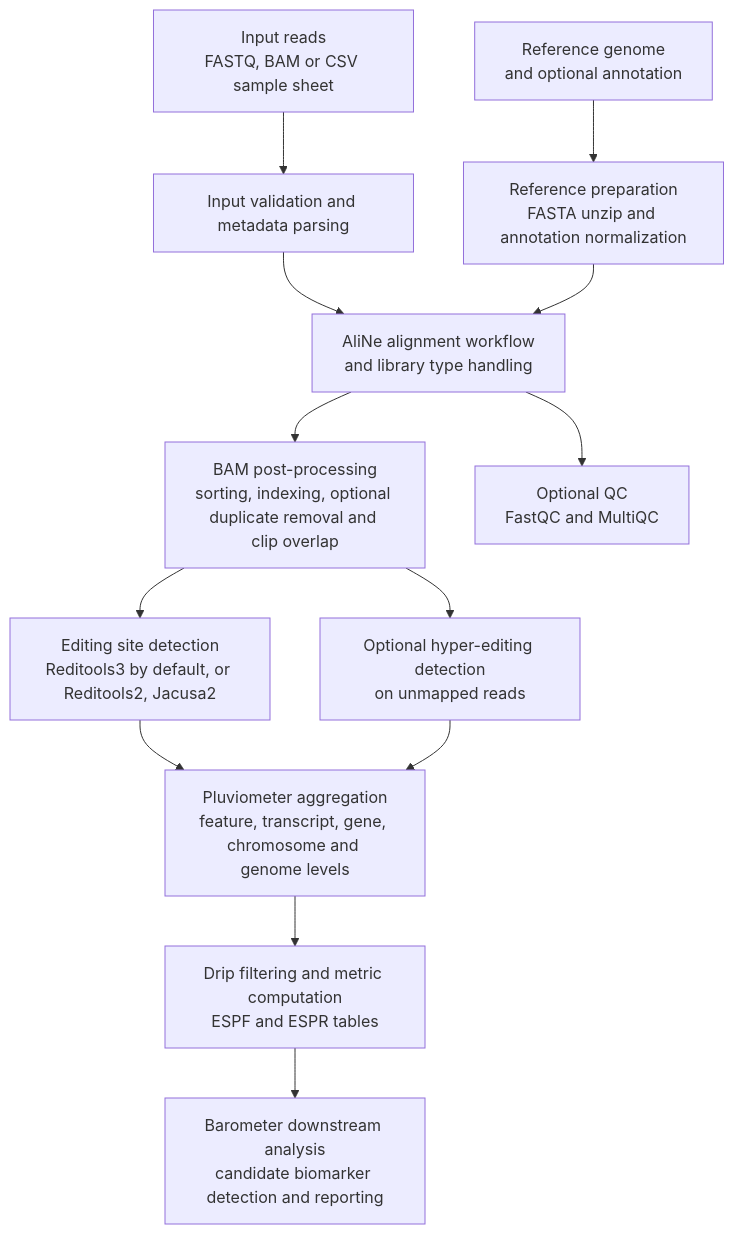
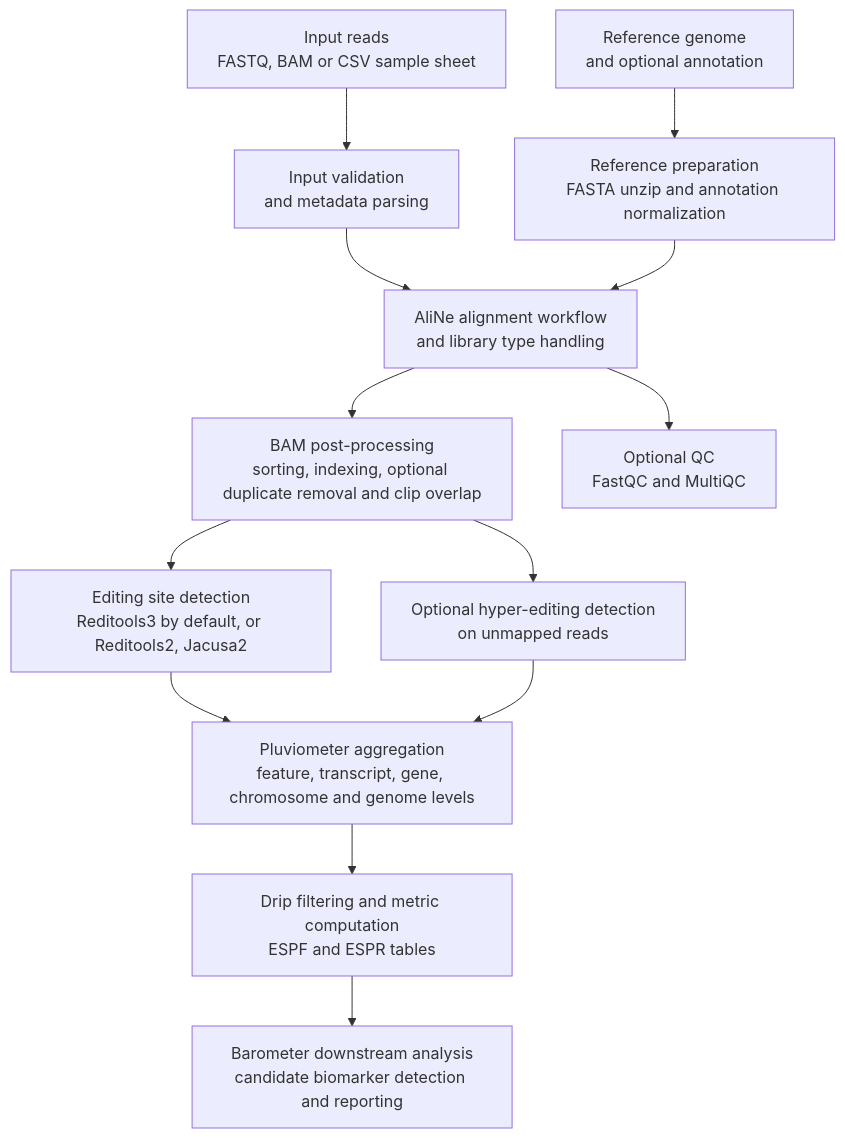
The first of 2 diagrams in README.md (Juke34/RAIN), drawn with Mermaid before and after one commit.

Commit message:
fix flowchart

````diff
--- a/README.md
+++ b/README.md
@@ -49,15 +49,16 @@
 ```mermaid
+%%{init: {"flowchart": {"htmlLabels": true, "useMaxWidth": true, "wrappingWidth": 260}} }%%
 flowchart TD
-  A["Input reads<br/>FASTQ, BAM or CSV sample sheet"] --> B["Input validation and metadata parsing"]
+  A["Input reads<br/>FASTQ, BAM or CSV sample sheet"] --> B["Input validation<br/>and metadata parsing"]
   R["Reference genome<br/>and optional annotation"] --> C["Reference preparation<br/>FASTA unzip and annotation normalization"]
   B --> D["AliNe alignment workflow<br/>and library type handling"]
   C --> D
   D --> E["BAM post-processing<br/>sorting, indexing, optional duplicate removal and clip overlap"]
   D --> F["Optional QC<br/>FastQC and MultiQC"]
   E --> G["Editing site detection<br/>Reditools3 by default, or Reditools2, Jacusa2"]
   E --> H["Optional hyper-editing detection<br/>on unmapped reads"]
   G --> I["Pluviometer aggregation<br/>feature, transcript, gene, chromosome and genome levels"]
   H --> I
   I --> J["Drip filtering and metric computation<br/>ESPF and ESPR tables"]
   J --> L["Barometer downstream analysis<br/>candidate biomarker detection and reporting"]
 ```
````
